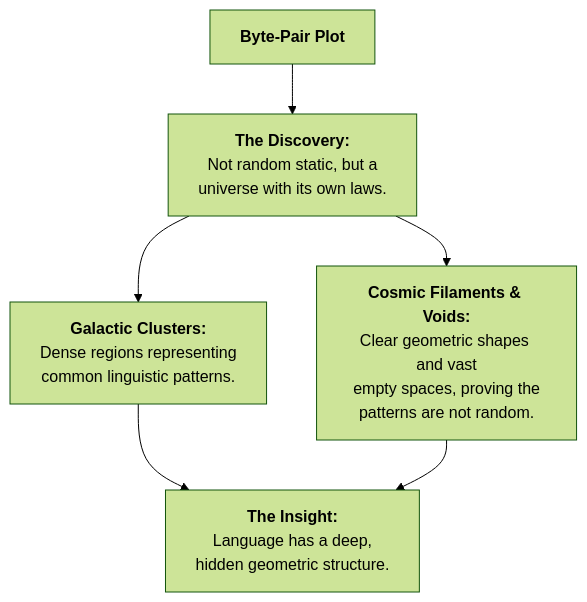
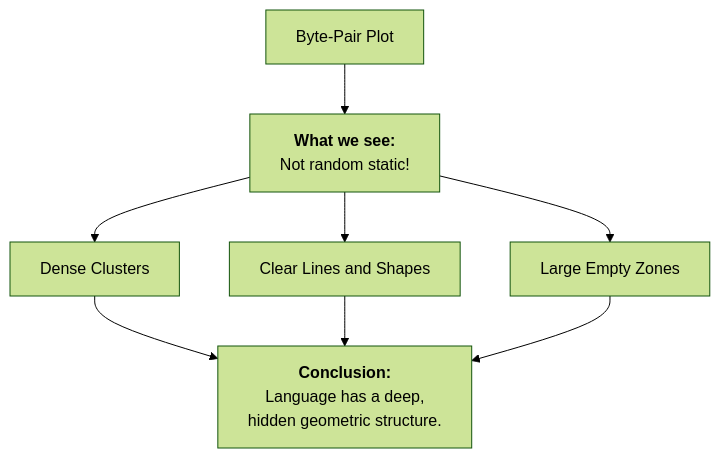
Before and after one commit to eltay89/eltay89.github.io: the second of 3 diagrams in _posts/2025-08-22-analyzing-bytes-for-llms.md, drawn with Mermaid (forest theme). The commit also changed other lines of this file, not shown here.

````diff
--- a/_posts/2025-08-22-analyzing-bytes-for-llms.md
+++ b/_posts/2025-08-22-analyzing-bytes-for-llms.md
@@ -51,7 +51,8 @@
 ```mermaid
 graph TD
-    A["<b>Byte-Pair Plot</b>"] --> B["<b>The Discovery:</b><br>Not random static, but a<br>universe with its own laws."];
-    B --> C["<b>Galactic Clusters:</b><br>Dense regions representing<br>common linguistic patterns."];
-    B --> D["<b>Cosmic Filaments & Voids:</b><br>Clear geometric shapes and vast<br>empty spaces, proving the<br>patterns are not random."];
-    C & D --> E["<b>The Insight:</b><br>Language has a deep,<br>hidden geometric structure."];
+    A["Byte-Pair Plot"] --> B["<b>What we see:</b><br>Not random static!"];
+    B --> C["Dense Clusters"];
+    B --> D["Clear Lines and Shapes"];
+    B --> E["Large Empty Zones"];
+    C & D & E --> F["<b>Conclusion:</b><br>Language has a deep,<br>hidden geometric structure."];
 ```
````
